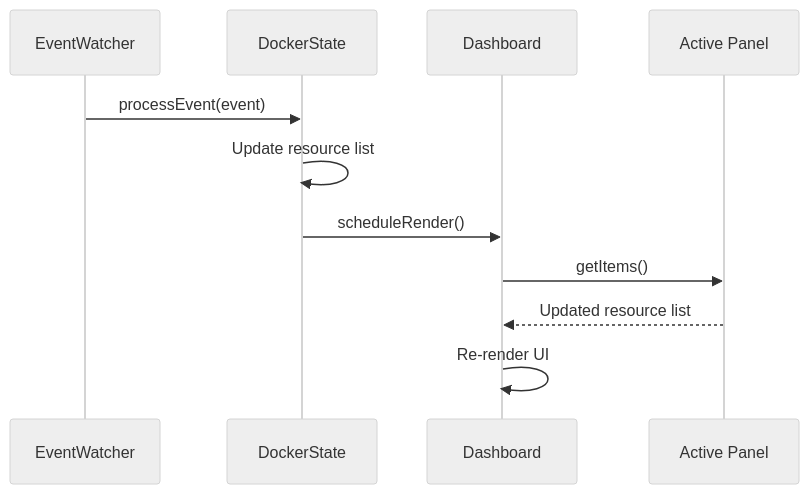
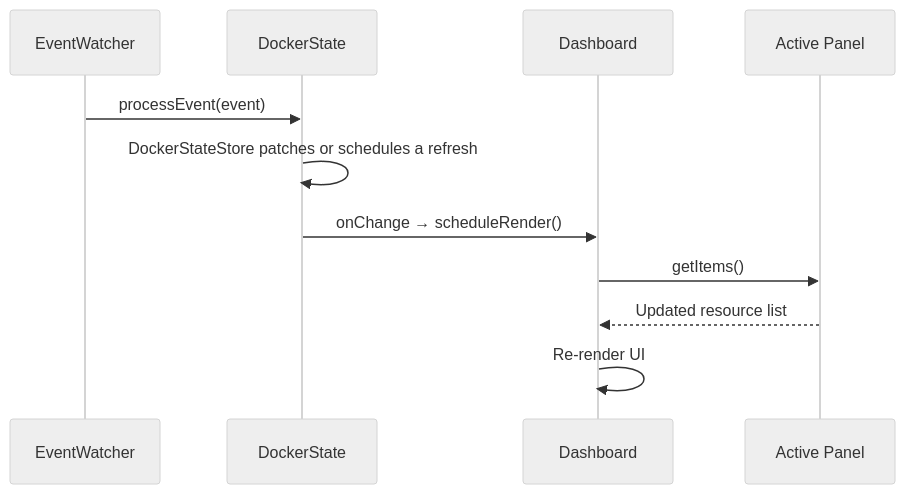
One commit to cesarandreslopez/sidekick-docker changed the diagram in docs/architecture/panel-system.md. Above: the diagram before and after it, drawn with Mermaid (neutral theme). The commit also changed other lines of this file and 42 other files, not shown here.

````diff
--- a/docs/architecture/panel-system.md
+++ b/docs/architecture/panel-system.md
@@ -43,14 +44,14 @@
 ```mermaid
 sequenceDiagram
     participant E as EventWatcher
     participant DS as DockerState
     participant D as Dashboard
     participant P as Active Panel
 
     E->>DS: processEvent(event)
-    DS->>DS: Update resource list
-    DS->>D: scheduleRender()
+    DS->>DS: DockerStateStore patches or schedules a refresh
+    DS->>D: onChange → scheduleRender()
     D->>P: getItems()
     P-->>D: Updated resource list
     D->>D: Re-render UI
 ```
````
